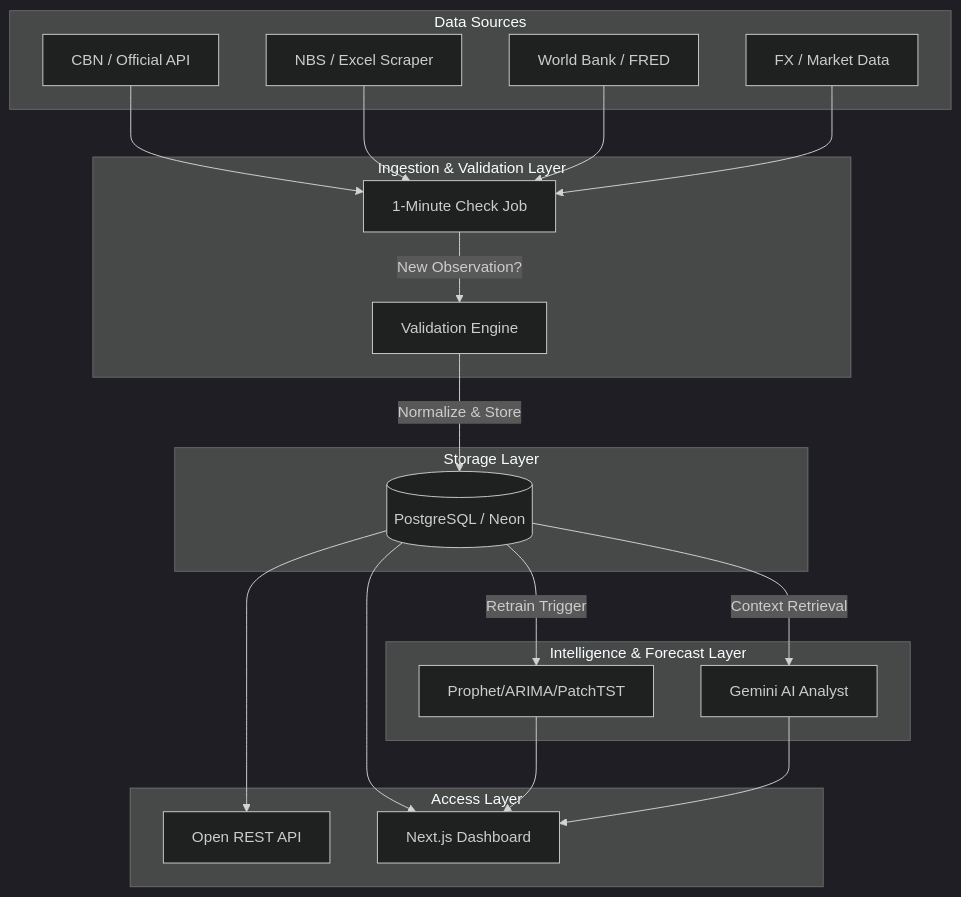
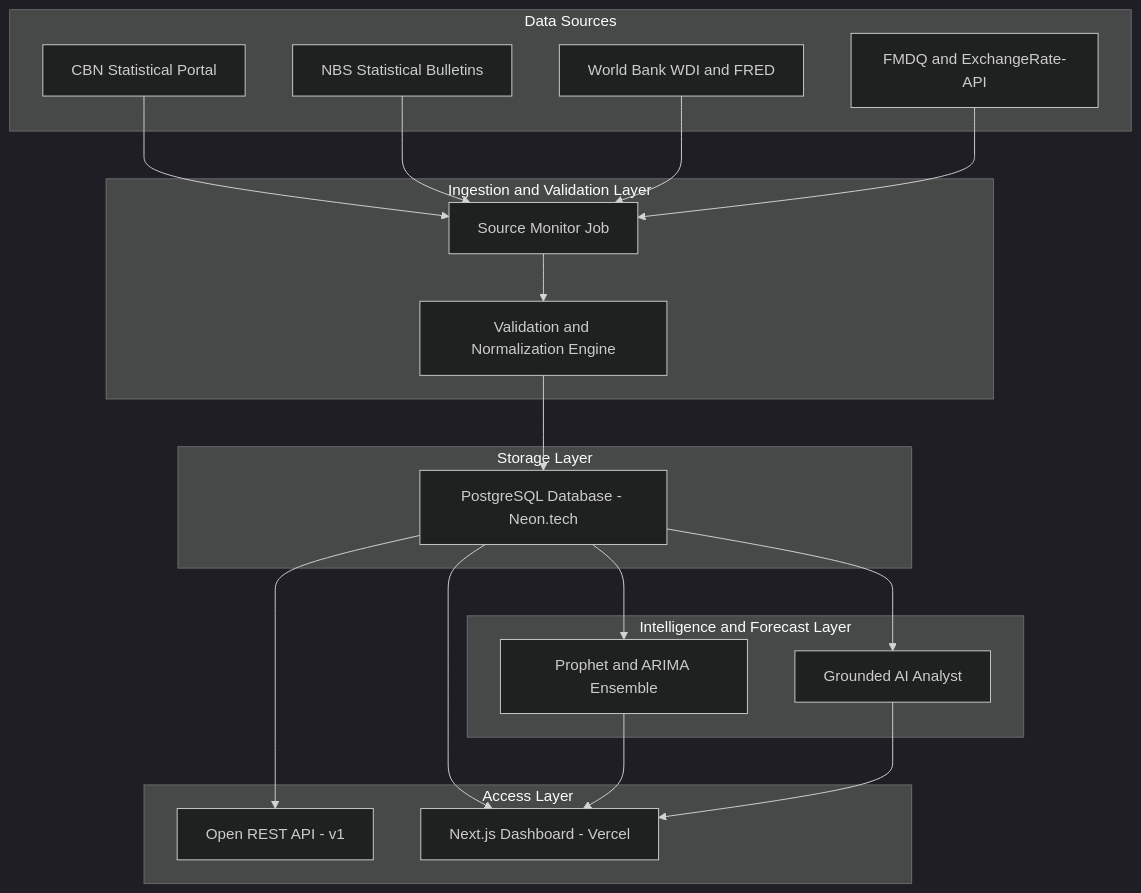
Before and after one commit to israeleromon-lab/EcoNigeria: the diagram in docs/architecture.md, drawn with Mermaid (dark theme). The commit also changed 29 other files, not shown here.

````diff
--- a/docs/architecture.md
+++ b/docs/architecture.md
@@ -7,45 +7,40 @@
 ```mermaid
-graph TD
-    %% Sources
-    subgraph Data Sources
-        S1[CBN / Official API]
-        S2[NBS / Excel Scraper]
-        S3[World Bank / FRED]
-        S4[FX / Market Data]
+flowchart TD
+    subgraph Sources ["Data Sources"]
+        S1["CBN Statistical Portal"]
+        S2["NBS Statistical Bulletins"]
+        S3["World Bank WDI and FRED"]
+        S4["FMDQ and ExchangeRate-API"]
     end
 
-    %% Ingestion Layer
-    subgraph Ingestion & Validation Layer
-        I1[1-Minute Check Job]
-        I2[Validation Engine]
-        I1 -->|New Observation?| I2
+    subgraph Ingestion ["Ingestion and Validation Layer"]
+        I1["Source Monitor Job"]
+        I2["Validation and Normalization Engine"]
+        I1 --> I2
     end
     S1 --> I1
     S2 --> I1
     S3 --> I1
     S4 --> I1
 
-    %% Storage Layer
-    subgraph Storage Layer
-        DB[(PostgreSQL / Neon)]
+    subgraph Storage ["Storage Layer"]
+        DB["PostgreSQL Database - Neon.tech"]
     end
-    I2 -->|Normalize & Store| DB
+    I2 --> DB
 
-    %% Intelligence Layer
-    subgraph Intelligence & Forecast Layer
-        M1[Prophet/ARIMA/PatchTST]
-        M2[Gemini AI Analyst]
+    subgraph Intelligence ["Intelligence and Forecast Layer"]
+        M1["Prophet and ARIMA Ensemble"]
+        M2["Grounded AI Analyst"]
     end
-    DB -->|Retrain Trigger| M1
-    DB -->|Context Retrieval| M2
+    DB --> M1
+    DB --> M2
 
-    %% Output Layer
-    subgraph Access Layer
-        A1[Open REST API]
-        A2[Next.js Dashboard]
+    subgraph Access ["Access Layer"]
+        A1["Open REST API - v1"]
+        A2["Next.js Dashboard - Vercel"]
     end
     DB --> A1
     DB --> A2
     M1 --> A2
     M2 --> A2
 ```
````
